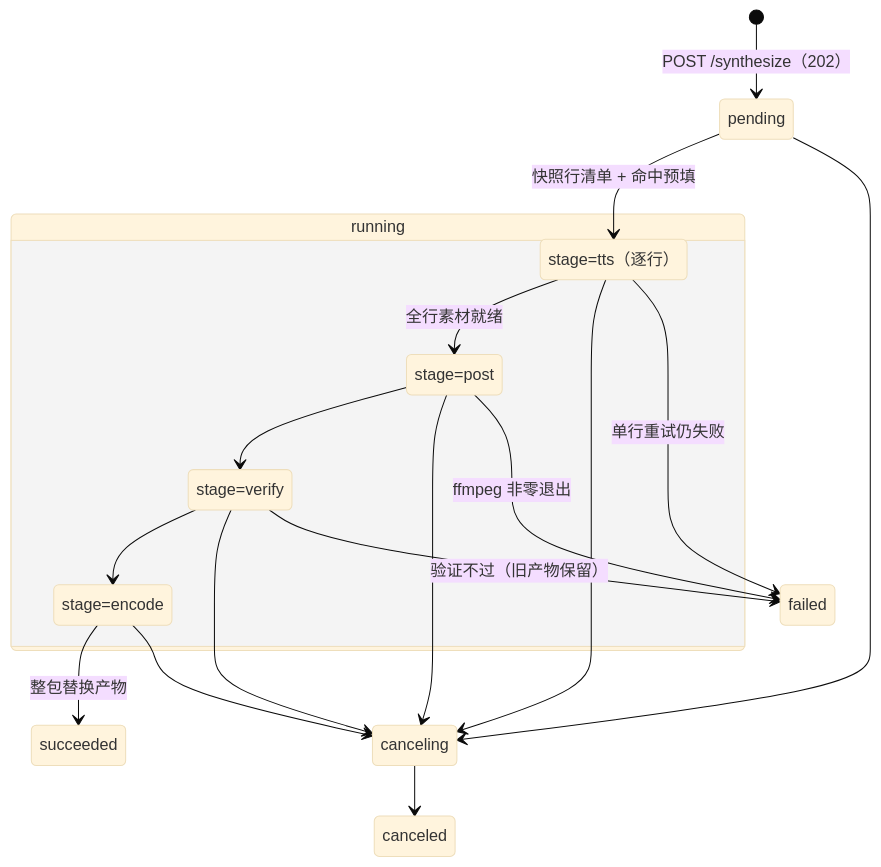
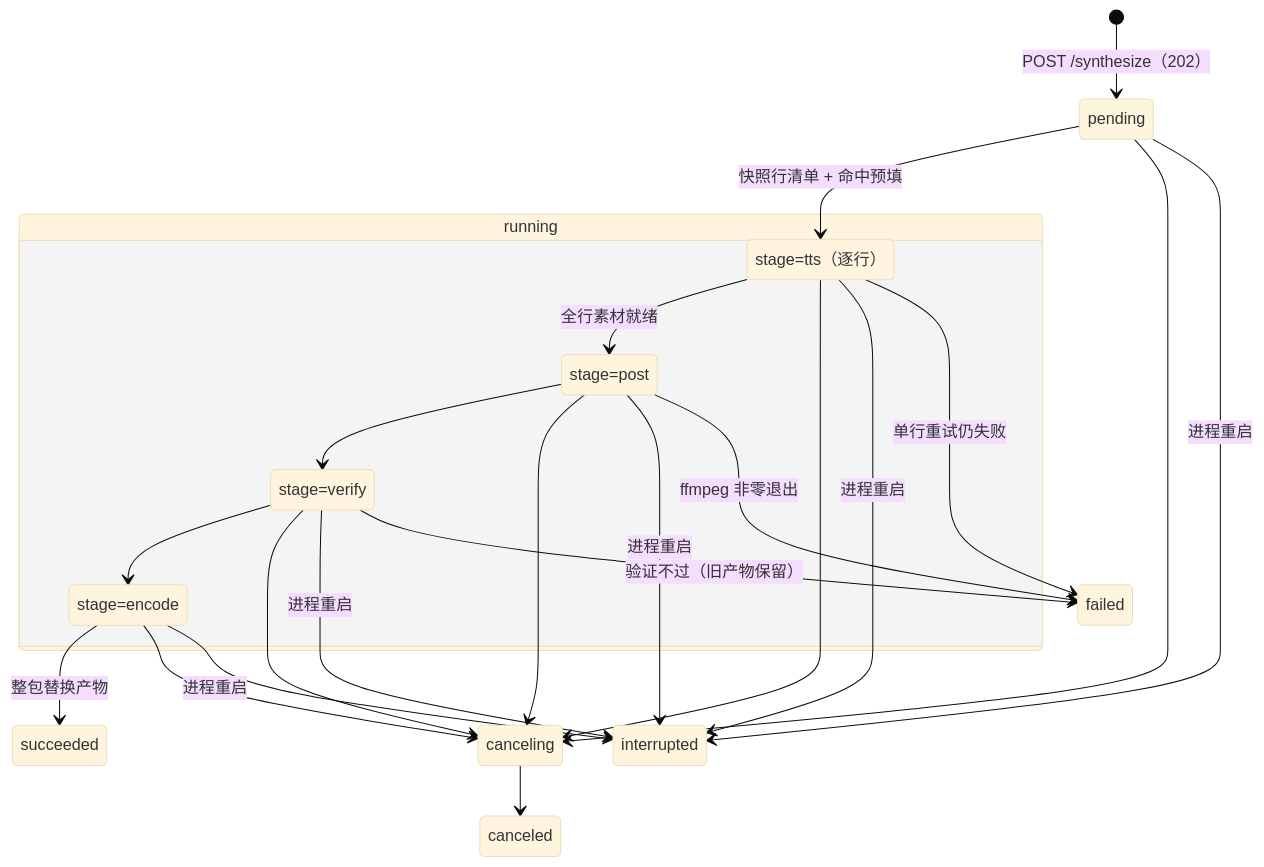
Before and after one commit to clerimia/AIPodCast: the diagram in docs/synthesis-progress-and-cancel.md, drawn with Mermaid (base theme). The commit also changed other lines of this file and 3 other files, not shown here.

````diff
--- a/docs/synthesis-progress-and-cancel.md
+++ b/docs/synthesis-progress-and-cancel.md
@@ -42,24 +42,29 @@
 ```mermaid
 stateDiagram-v2
   [*] --> pending: POST /synthesize（202）
   pending --> running_tts: 快照行清单 + 命中预填
   running_tts --> running_post: 全行素材就绪
   running_post --> running_verify
   running_verify --> running_encode
   running_encode --> succeeded: 整包替换产物
   state running {
     running_tts: stage=tts（逐行）
     running_post: stage=post
     running_verify: stage=verify
     running_encode: stage=encode
   }
   pending --> canceling
   running_tts --> canceling
   running_post --> canceling
   running_verify --> canceling
   running_encode --> canceling
   canceling --> canceled
+  pending --> interrupted: 进程重启
+  running_tts --> interrupted: 进程重启
+  running_post --> interrupted: 进程重启
+  running_verify --> interrupted: 进程重启
+  running_encode --> interrupted: 进程重启
   running_tts --> failed: 单行重试仍失败
   running_post --> failed: ffmpeg 非零退出
   running_verify --> failed: 验证不过（旧产物保留）
 ```
````
